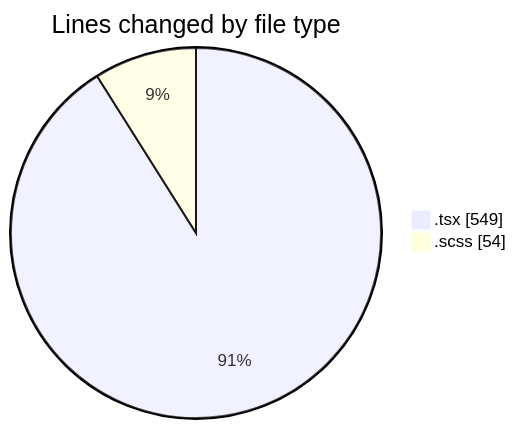
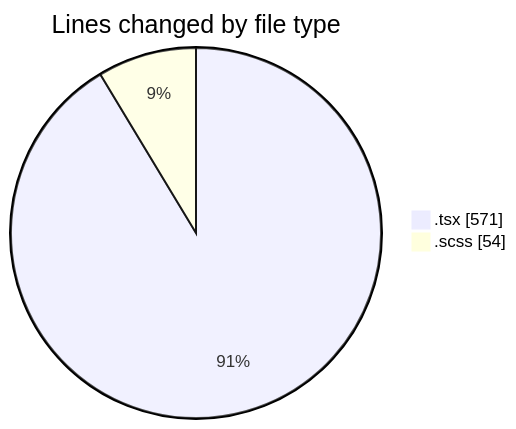
One commit to momahboobian/code-tracking changed the first of 2 diagrams in 2026-07-21/cda/README.md. Above: the diagram before and after it, drawn with Mermaid. The commit also changed other lines of this file and 1 other file, not shown here.

````diff
--- a/2026-07-21/cda/README.md
+++ b/2026-07-21/cda/README.md
@@ -27,6 +27,6 @@
 ```mermaid
 pie showData
 title Lines changed by file type
-".tsx" : 549
+".tsx" : 571
 ".scss" : 54
 ```
````
